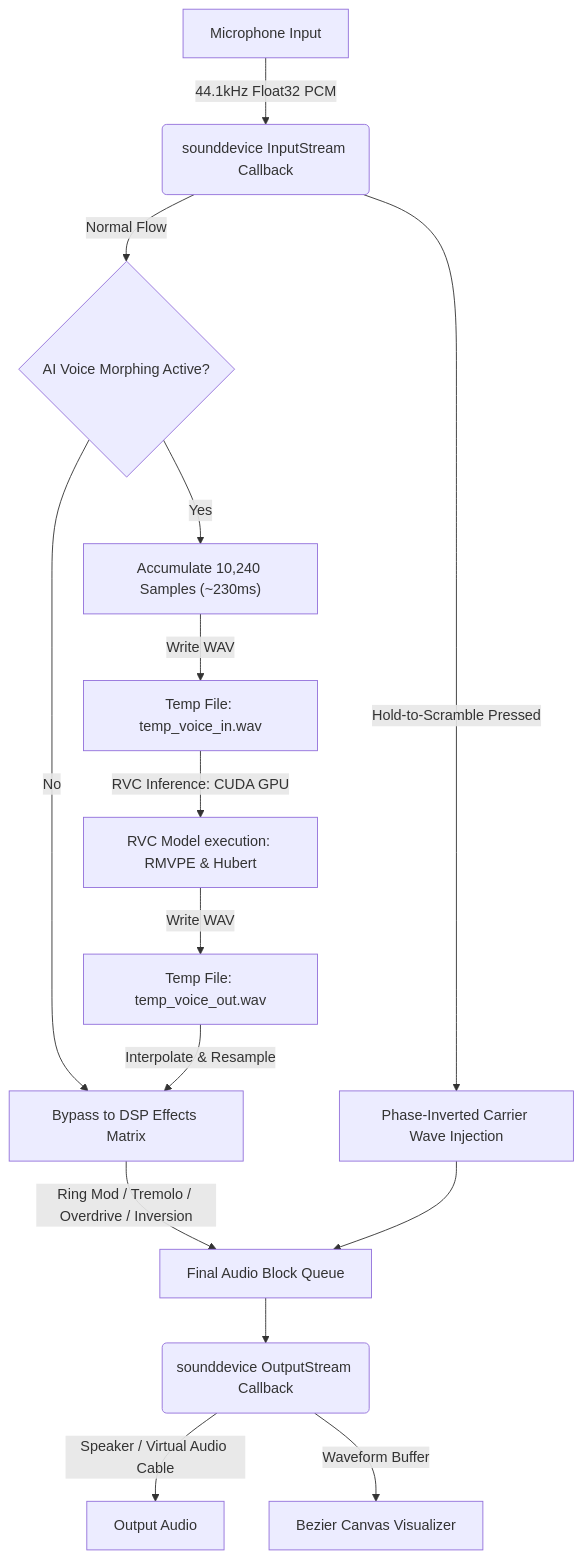
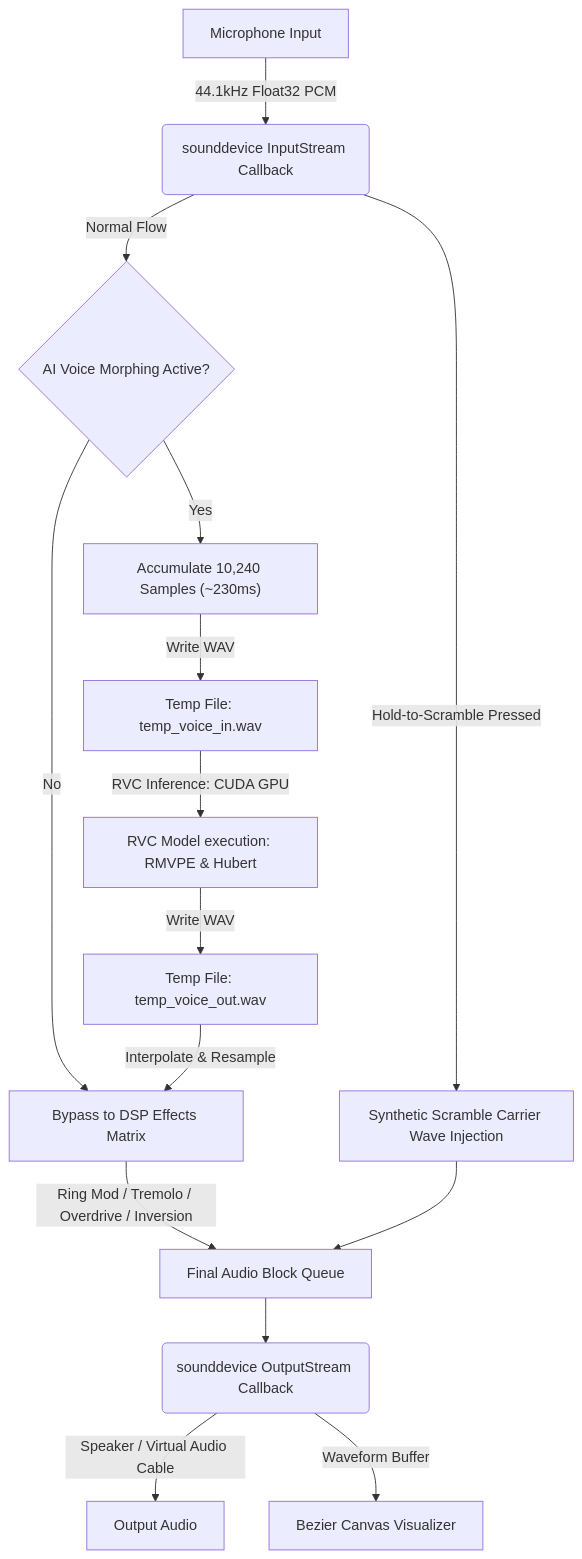
The diagram in README.md (prasiddhagautam/AnonyVox), drawn with Mermaid before and after one commit. The commit also changed other lines of this file and 1 other file, not shown here.

````diff
--- a/README.md
+++ b/README.md
@@ -37,21 +35,21 @@
 ```mermaid
 graph TD
     A[Microphone Input] -->|44.1kHz Float32 PCM| B(sounddevice InputStream Callback)
     B -->|Normal Flow| C{AI Voice Morphing Active?}
-    B -->|Hold-to-Scramble Pressed| D[Phase-Inverted Carrier Wave Injection]
+    B -->|Hold-to-Scramble Pressed| D[Synthetic Scramble Carrier Wave Injection]
     
     C -->|Yes| E["Accumulate 10,240 Samples (~230ms)"]
     C -->|No| F[Bypass to DSP Effects Matrix]
     
     E -->|Write WAV| G["Temp File: temp_voice_in.wav"]
     G -->|RVC Inference: CUDA GPU| H["RVC Model execution: RMVPE & Hubert"]
     H -->|Write WAV| I["Temp File: temp_voice_out.wav"]
     I -->|Interpolate & Resample| F
     
     F -->|Ring Mod / Tremolo / Overdrive / Inversion| J[Final Audio Block Queue]
     D --> J
     
     J --> K(sounddevice OutputStream Callback)
     K -->|Speaker / Virtual Audio Cable| L[Output Audio]
     K -->|Waveform Buffer| M[Bezier Canvas Visualizer]
 ```
````
